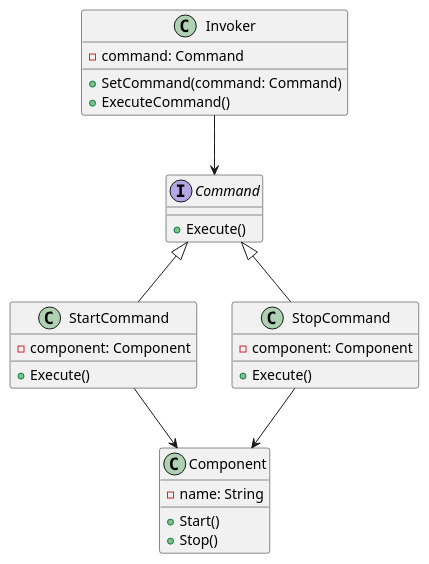
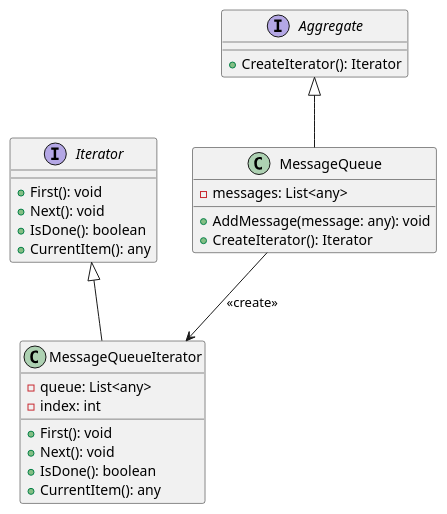
The diagram in klassifikaciya-patternov/povedencheskie-patterny-behavioral-patterns/iterator-iterator/primery/obkhod-elementov-v-ocheredi-soobshenii/go.md (andrewovchinnikov/design-patterns), drawn with PlantUML before and after one commit. The commit also changed other lines of this file and 87 other files, not shown here.

````diff
--- a/klassifikaciya-patternov/povedencheskie-patterny-behavioral-patterns/iterator-iterator/primery/obkhod-elementov-v-ocheredi-soobshenii/go.md
+++ b/klassifikaciya-patternov/povedencheskie-patterny-behavioral-patterns/iterator-iterator/primery/obkhod-elementov-v-ocheredi-soobshenii/go.md
@@ -124,35 +114,35 @@
 ```plantuml
 @startuml
-interface Command {
-    +Execute()
+
+interface Iterator {
+    +First(): void
+    +Next(): void
+    +IsDone(): boolean
+    +CurrentItem(): any
 }
 
-class StartCommand {
-    -component: Component
-    +Execute()
+class MessageQueueIterator {
+    -queue: List<any>
+    -index: int
+    +First(): void
+    +Next(): void
+    +IsDone(): boolean
+    +CurrentItem(): any
 }
 
-class StopCommand {
-    -component: Component
-    +Execute()
+interface Aggregate {
+    +CreateIterator(): Iterator
 }
 
-class Component {
-    -name: String
-    +Start()
-    +Stop()
+class MessageQueue {
+    -messages: List<any>
+    +AddMessage(message: any): void
+    +CreateIterator(): Iterator
 }
 
-class Invoker {
-    -command: Command
-    +SetCommand(command: Command)
-    +ExecuteCommand()
-}
+Iterator <|-- MessageQueueIterator
+Aggregate <|-- MessageQueue
+MessageQueue --> MessageQueueIterator: <<create>>
 
-Command <|-- StartCommand
-Command <|-- StopCommand
-StartCommand --> Component
-StopCommand --> Component
-Invoker --> Command
 @enduml
 ```
````
